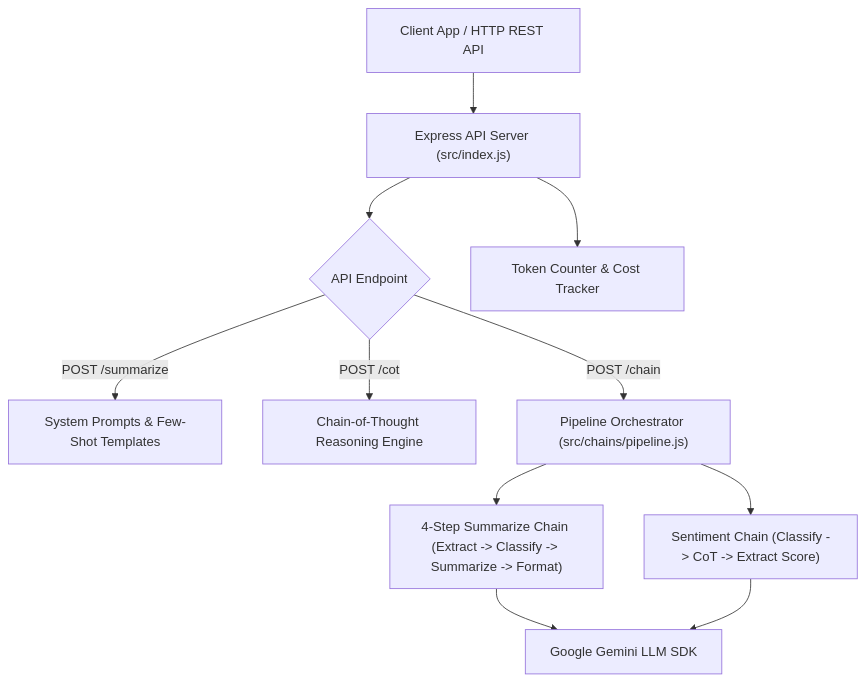
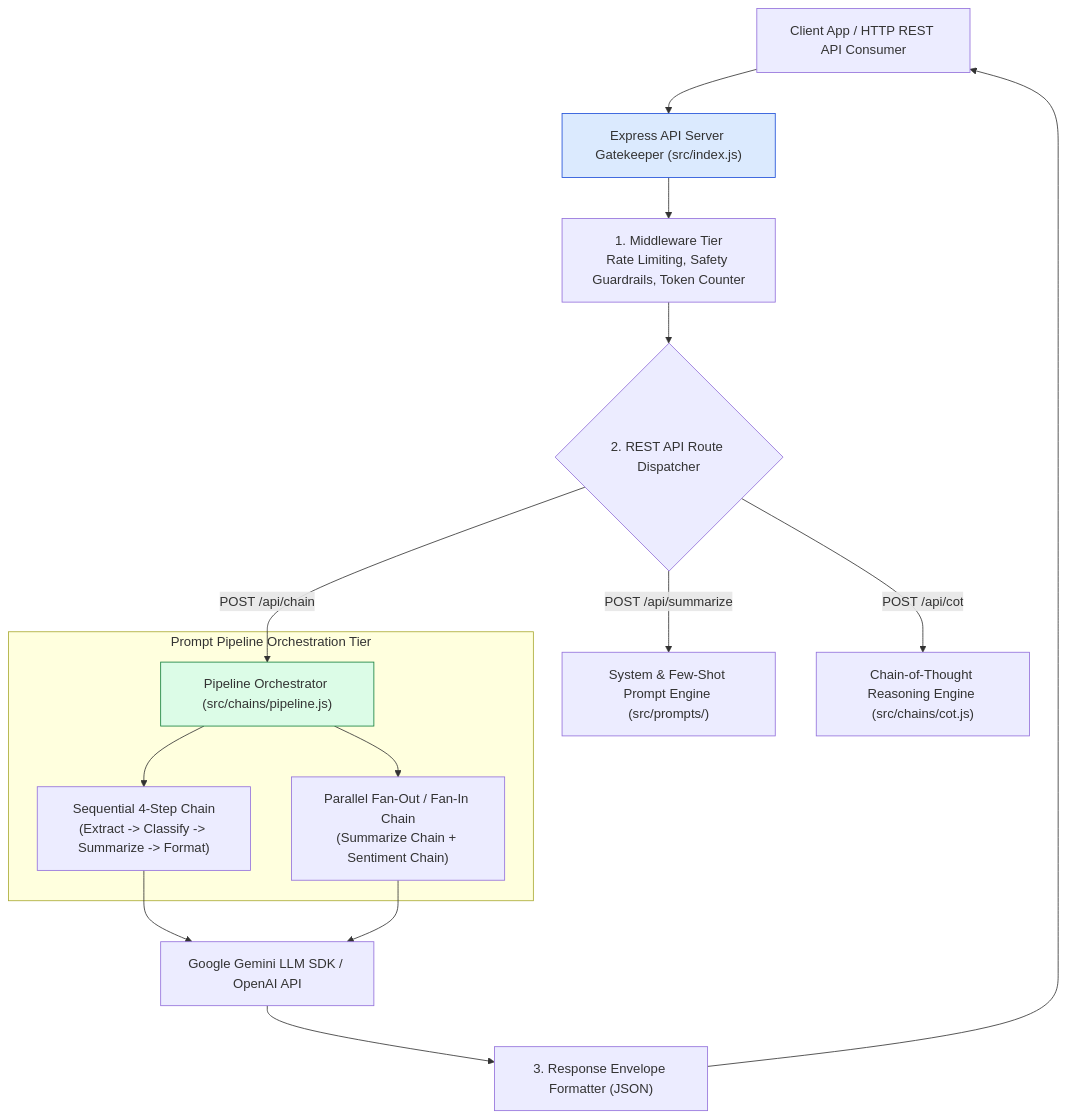
The first of 3 diagrams in agentic-ai-notes/01-chai-summarizer/00-article-summarizer-overview.md (Amie-dev/engineering-playbook), drawn with Mermaid before and after one commit. The commit also changed other lines of this file and 9 other files, not shown here.

First line of the commit message:
Refactor and enhance documentation for multi-chain orchestration, token counting, cost tracking, and API server architecture

````diff
--- a/agentic-ai-notes/01-chai-summarizer/00-article-summarizer-overview.md
+++ b/agentic-ai-notes/01-chai-summarizer/00-article-summarizer-overview.md
@@ -10,17 +13,26 @@
 ```mermaid
 flowchart TD
-    Client[Client App / HTTP REST API] --> Server["Express API Server (src/index.js)"]
-    
-    Server --> Endpoints{API Endpoint}
-    Endpoints -- "POST /summarize" --> SystemPrompt["System Prompts & Few-Shot Templates"]
-    Endpoints -- "POST /cot" --> CoT["Chain-of-Thought Reasoning Engine"]
-    Endpoints -- "POST /chain" --> Pipeline["Pipeline Orchestrator (src/chains/pipeline.js)"]
+    Client[Client App / HTTP REST API Consumer] --> ExpressServer["Express API Server Gatekeeper (src/index.js)"]
 
-    Pipeline --> Chain1["4-Step Summarize Chain (Extract -> Classify -> Summarize -> Format)"]
-    Pipeline --> Chain2["Sentiment Chain (Classify -> CoT -> Extract Score)"]
+    ExpressServer --> MiddlewareTier["1. Middleware Tier<br/>Rate Limiting, Safety Guardrails, Token Counter"]
 
-    Chain1 --> Gemini[Google Gemini LLM SDK]
-    Chain2 --> Gemini
+    MiddlewareTier --> RouteHandler{2. REST API Route Dispatcher}
 
-    Server --> Utils["Token Counter & Cost Tracker"]
+    RouteHandler -- "POST /api/summarize" --> BasicEngine["System & Few-Shot Prompt Engine (src/prompts/)"]
+    RouteHandler -- "POST /api/cot" --> CoTEngine["Chain-of-Thought Reasoning Engine (src/chains/cot.js)"]
+    RouteHandler -- "POST /api/chain" --> ChainEngine["Pipeline Orchestrator (src/chains/pipeline.js)"]
+
+    subgraph Prompt Pipeline Orchestration Tier
+        ChainEngine --> SequentialPipeline["Sequential 4-Step Chain<br/>(Extract -> Classify -> Summarize -> Format)"]
+        ChainEngine --> ParallelPipeline["Parallel Fan-Out / Fan-In Chain<br/>(Summarize Chain + Sentiment Chain)"]
+    end
+
+    SequentialPipeline --> LLMSDK[Google Gemini LLM SDK / OpenAI API]
+    ParallelPipeline --> LLMSDK
+
+    LLMSDK --> ResponseFormatter["3. Response Envelope Formatter (JSON)"]
+    ResponseFormatter --> Client
+
+    style ExpressServer fill:#dbeafe,stroke:#1d4ed8
+    style ChainEngine fill:#dcfce7,stroke:#15803d
 ```
````
